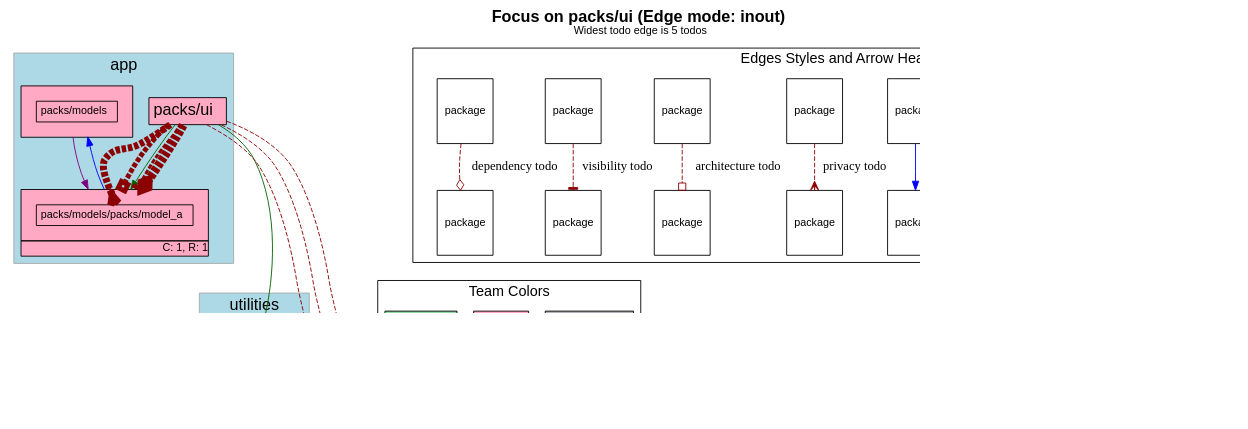
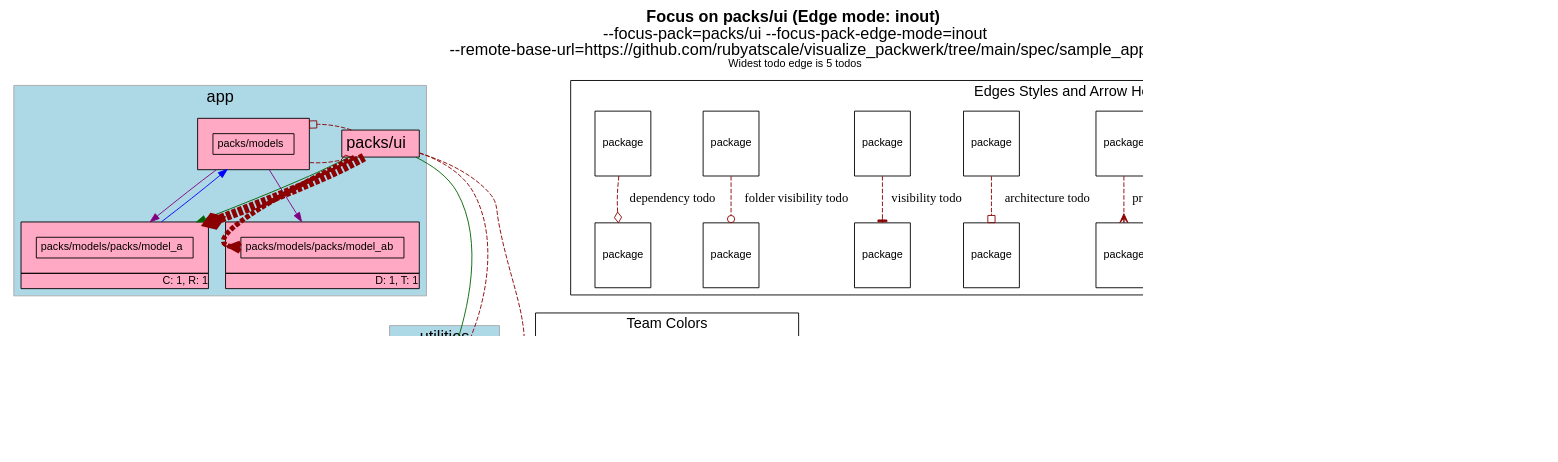
One commit to rubyatscale/visualize_packs changed the diagram in spec/sample_app1/test_output/focussed_on_packs_ui_focus_edges.dot. Above: the diagram before and after it, drawn with Graphviz. The commit also changed 28 other files, not shown here.

First line of the commit message:
Folder visibility added (#58)

```diff
--- a/spec/sample_app1/test_output/focussed_on_packs_ui_focus_edges.dot
+++ b/spec/sample_app1/test_output/focussed_on_packs_ui_focus_edges.dot
@@ -5,7 +5,7 @@
     fontname="Helvetica,Arial,sans-serif"
     dpi=100
     layout=dot
-    label=<<b>Focus on packs/ui (Edge mode: inout)</b><br/><font point-size='12'>Widest todo edge is 5 todos</font>>
+    label=<<b>Focus on packs/ui (Edge mode: inout)</b><br/> --focus-pack=packs/ui --focus-pack-edge-mode=inout<br/>--remote-base-url=https://github.com/rubyatscale/visualize_packwerk/tree/main/spec/sample_app<br/><font point-size='12'>Widest todo edge is 5 todos</font>>
     fontsize=18
   ]
   node [
@@ -58,6 +58,23 @@
               >
           ]
         
+        "packs/models/packs/model_ab" [
+            fontsize=12.0
+              URL="https://github.com/rubyatscale/visualize_packwerk/tree/main/spec/sample_app/packs/models/packs/model_ab"
+
+              style=filled
+              fillcolor="#FFA9C5"
+            label= <
+                <table border='0' cellborder='1' cellspacing='0' cellpadding='16'><tr><td>
+                  <table border='0' cellborder='1' cellspacing='0' cellpadding='4'>
+                    <tr> <td port='private'> packs/models/packs/model_ab </td> </tr>
+                  </table>
+                  </td></tr>
+                  <tr><td CELLPADDING='1' ALIGN='RIGHT'>D: 1, T: 1</td></tr>
+                  </table>
+              >
+          ]
+        
         "packs/ui" [
             fontsize=18.0
               URL="https://github.com/rubyatscale/visualize_packwerk/tree/main/spec/sample_app/packs/ui"
@@ -96,6 +113,7 @@
     }
               "packs/models" -> "packs/utility" [ style=invis ]
               "packs/models/packs/model_a" -> "packs/utility" [ style=invis ]
+              "packs/models/packs/model_ab" -> "packs/utility" [ style=invis ]
               "packs/ui" -> "packs/utility" [ style=invis ]
     subgraph NotInLayer {
       shape=box
@@ -120,42 +138,38 @@
               "packs/utility" -> "." [ style=invis ]
           "packs/ui" -> "packs/models/packs/model_a" [ color=darkgreen ]
           "packs/ui" -> "packs/utility" [ color=darkgreen ]
-            "packs/ui" -> "." [
+            "packs/models" -> "packs/ui" [
                 constraint=false
               # headlabel="dependency"
 color=darkred style=dashed arrowhead=odiamond
               penwidth=1.0            ]
             "packs/ui" -> "." [
                 constraint=false
-              # headlabel="architecture"
-color=darkred style=dashed arrowhead=obox
+              # headlabel="folder_visibility"
+color=darkred style=dashed arrowhead=odot
               penwidth=1.0            ]
-            "packs/ui" -> "." [
+            "packs/ui" -> "packs/utility" [
                 constraint=false
               # headlabel="visibility"
 color=darkred style=dashed arrowhead=tee
+              penwidth=1.0            ]
+            "packs/ui" -> "packs/models" [
+                constraint=false
+              # headlabel="architecture"
+color=darkred style=dashed arrowhead=obox
               penwidth=1.0            ]
             "packs/ui" -> "packs/models/packs/model_a" [
                 constraint=false
               # headlabel="dependency"
 color=darkred style=dashed arrowhead=odiamond
               penwidth=10.0            ]
-            "packs/ui" -> "packs/models/packs/model_a":private [
+            "packs/ui" -> "packs/models/packs/model_ab":private [
                 constraint=false
               # headlabel="privacy"
 color=darkred style=dashed arrowhead=crow
-              penwidth=7.75            ]
-            "packs/ui" -> "packs/models/packs/model_a" [
-                constraint=false
-              # headlabel="architecture"
-color=darkred style=dashed arrowhead=obox
               penwidth=5.5            ]
-            "packs/ui" -> "packs/models/packs/model_a" [
-                constraint=false
-              # headlabel="visibility"
-color=darkred style=dashed arrowhead=tee
-              penwidth=3.25            ]
           "packs/models" -> "packs/models/packs/model_a" [ color=purple ]
+          "packs/models" -> "packs/models/packs/model_ab" [ color=purple ]
         "packs/models/packs/model_a" -> "packs/models" [ color=blue constraint=false ]
     subgraph cluster_legend {
       fontsize=16
@@ -163,12 +177,12 @@
       A [ fontsize=12 shape=box label="package"]
       B [ fontsize=12 shape=box label="package"]
       A -> B [label="accepted dependency" color=darkgreen]
-      K [ fontsize=12 shape=box label="package"]
-      L [ fontsize=12 shape=box label="package"]
-      K -> L [label="nested package" color=purple]
       M [ fontsize=12 shape=box label="package"]
       N [ fontsize=12 shape=box label="package"]
-      M -> N [label="visibile to" color=blue]
+      M -> N [label="nested package" color=purple]
+      O [ fontsize=12 shape=box label="package"]
+      P [ fontsize=12 shape=box label="package"]
+      O -> P [label="visibile to" color=blue]
       C [ fontsize=12 shape=box label="package"]
       D [ fontsize=12 shape=box label="package"]
       C -> D [label="privacy todo" color=darkred style=dashed arrowhead=crow]
@@ -180,7 +194,10 @@
       G -> H [label="visibility todo" color=darkred style=dashed arrowhead=tee]
       I [ fontsize=12 shape=box label="package"]
       J [ fontsize=12 shape=box label="package"]
-      I -> J [label="dependency todo" color=darkred style=dashed arrowhead=odiamond]
+      I -> J [label="folder visibility todo" color=darkred style=dashed arrowhead=odot]
+      K [ fontsize=12 shape=box label="package"]
+      L [ fontsize=12 shape=box label="package"]
+      K -> L [label="dependency todo" color=darkred style=dashed arrowhead=odiamond]
       LEGEND_NODE_1 [ label="" peripheries=0 height=0 width=0 style=invis ]
       LEGEND_NODE_2 [ label="" peripheries=0 height=0 width=0 style=invis ]
       LEGEND_NODE_1 -> LEGEND_NODE_2 [ style=invis ]
```
